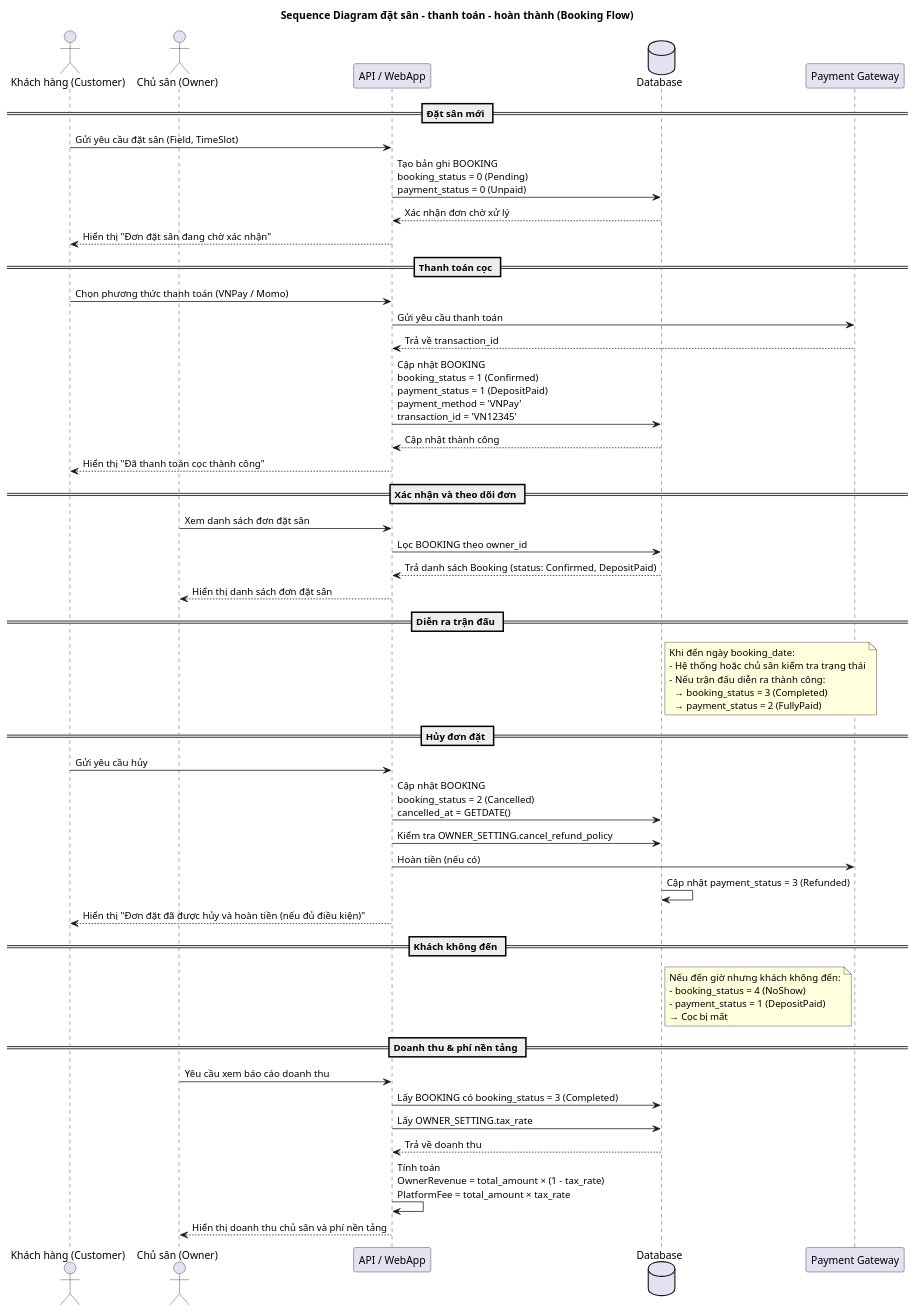
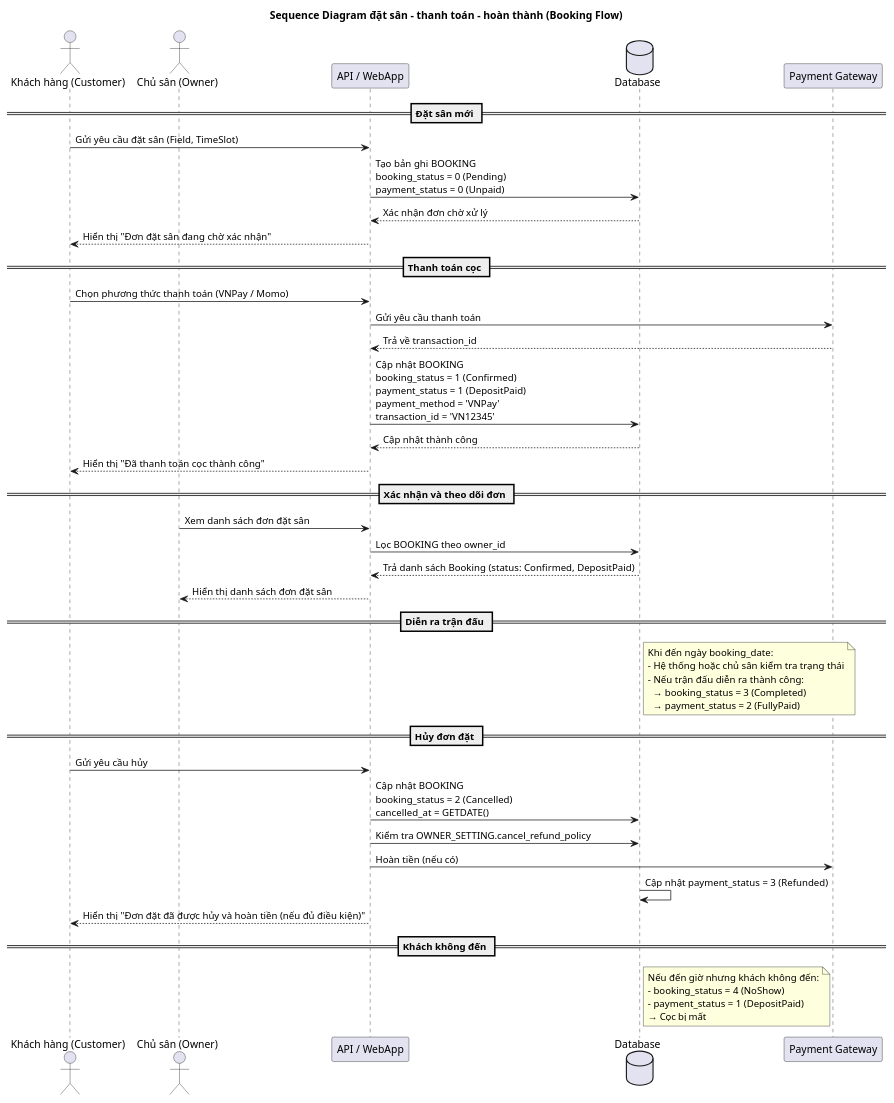
One commit to b4schh/football-field-booking-backend changed the diagram in docs/UML/Sequence Diagram/Đặt sân - thanh toán.plantuml. Above: the diagram before and after it, drawn with PlantUML. The commit also changed 33 other files, not shown here.

```diff
--- a/docs/UML/Sequence Diagram/Đặt sân - thanh toán.plantuml
+++ b/docs/UML/Sequence Diagram/Đặt sân - thanh toán.plantuml
@@ -1,62 +1,54 @@
 @startuml
 title Sequence Diagram đặt sân - thanh toán - hoàn thành (Booking Flow)
 
 actor "Khách hàng (Customer)" as C
 actor "Chủ sân (Owner)" as O
 participant "API / WebApp" as API
 database "Database" as DB
 
 == Đặt sân mới ==
 C -> API: Gửi yêu cầu đặt sân (Field, TimeSlot)
 API -> DB: Tạo bản ghi BOOKING\nbooking_status = 0 (Pending)\npayment_status = 0 (Unpaid)
 DB --> API: Xác nhận đơn chờ xử lý
 API --> C: Hiển thị "Đơn đặt sân đang chờ xác nhận"
 
 == Thanh toán cọc ==
 C -> API: Chọn phương thức thanh toán (VNPay / Momo)
 API -> "Payment Gateway": Gửi yêu cầu thanh toán
 "Payment Gateway" --> API: Trả về transaction_id
 API -> DB: Cập nhật BOOKING\nbooking_status = 1 (Confirmed)\npayment_status = 1 (DepositPaid)\npayment_method = 'VNPay'\ntransaction_id = 'VN12345'
 DB --> API: Cập nhật thành công
 API --> C: Hiển thị "Đã thanh toán cọc thành công"
 
 == Xác nhận và theo dõi đơn ==
 O -> API: Xem danh sách đơn đặt sân
 API -> DB: Lọc BOOKING theo owner_id
 DB --> API: Trả danh sách Booking (status: Confirmed, DepositPaid)
 API --> O: Hiển thị danh sách đơn đặt sân
 
 == Diễn ra trận đấu ==
 note right of DB
 Khi đến ngày booking_date:
 - Hệ thống hoặc chủ sân kiểm tra trạng thái
 - Nếu trận đấu diễn ra thành công:
   → booking_status = 3 (Completed)
   → payment_status = 2 (FullyPaid)
 end note
 
 == Hủy đơn đặt ==
 C -> API: Gửi yêu cầu hủy
 API -> DB: Cập nhật BOOKING\nbooking_status = 2 (Cancelled)\ncancelled_at = GETDATE()
 API -> DB: Kiểm tra OWNER_SETTING.cancel_refund_policy
 API -> "Payment Gateway": Hoàn tiền (nếu có)
 DB -> DB: Cập nhật payment_status = 3 (Refunded)
 API --> C: Hiển thị "Đơn đặt đã được hủy và hoàn tiền (nếu đủ điều kiện)"
 
 == Khách không đến ==
 note right of DB
 Nếu đến giờ nhưng khách không đến:
 - booking_status = 4 (NoShow)
 - payment_status = 1 (DepositPaid)
 → Cọc bị mất
 end note
 
-== Doanh thu & phí nền tảng ==
-O -> API: Yêu cầu xem báo cáo doanh thu
-API -> DB: Lấy BOOKING có booking_status = 3 (Completed)
-API -> DB: Lấy OWNER_SETTING.tax_rate
-DB --> API: Trả về doanh thu
-API -> API: Tính toán\nOwnerRevenue = total_amount × (1 - tax_rate)\nPlatformFee = total_amount × tax_rate
-API --> O: Hiển thị doanh thu chủ sân và phí nền tảng
-
 @enduml
```
